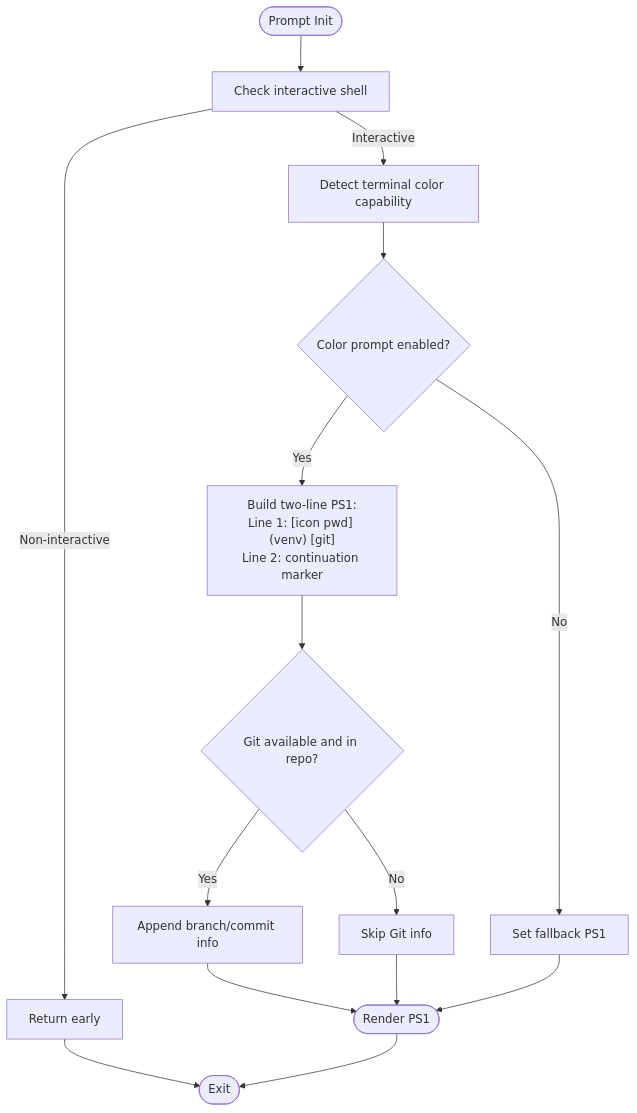
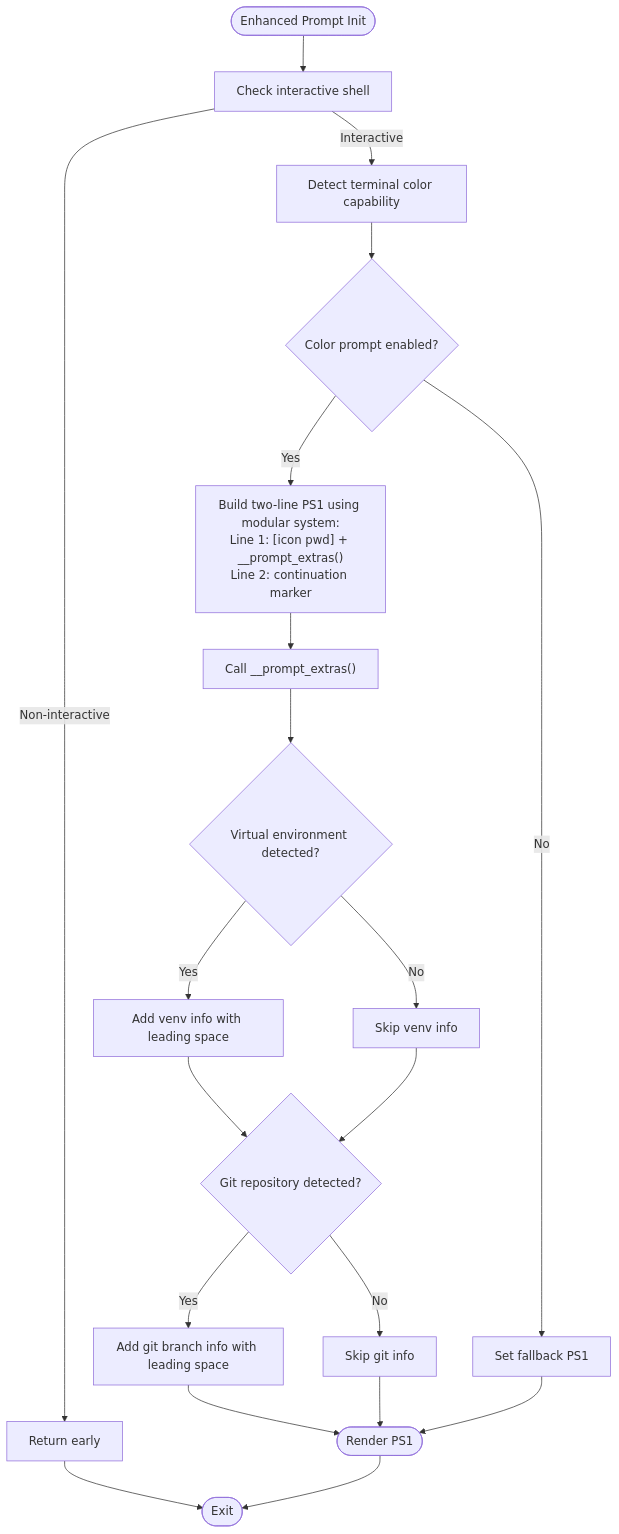
The third of 8 diagrams in .qoder/repowiki/en/content/Shell Configurations/Bash Configuration.md (cr8ivecodesmith/dotfiles), drawn with Mermaid before and after one commit. The commit also changed other lines of this file and 5 other files, not shown here.

````diff
--- a/.qoder/repowiki/en/content/Shell Configurations/Bash Configuration.md
+++ b/.qoder/repowiki/en/content/Shell Configurations/Bash Configuration.md
@@ -108,17 +126,22 @@
 ```mermaid
 flowchart TD
-Start(["Prompt Init"]) --> CheckInteractive["Check interactive shell"]
+Start(["Enhanced Prompt Init"]) --> CheckInteractive["Check interactive shell"]
 CheckInteractive --> |Non-interactive| ExitEarly["Return early"]
 CheckInteractive --> |Interactive| TermCap["Detect terminal color capability"]
 TermCap --> ColorPrompt{"Color prompt enabled?"}
-ColorPrompt --> |Yes| BuildPS1["Build two-line PS1:<br/>Line 1: [icon pwd] (venv) [git]<br/>Line 2: continuation marker"]
+ColorPrompt --> |Yes| BuildPS1["Build two-line PS1 using modular system:<br/>Line 1: [icon pwd] + __prompt_extras()<br/>Line 2: continuation marker"]
 ColorPrompt --> |No| FallbackPS1["Set fallback PS1"]
-BuildPS1 --> GitCheck{"Git available and in repo?"}
-GitCheck --> |Yes| AppendGit["Append branch/commit info"]
-GitCheck --> |No| SkipGit["Skip Git info"]
-AppendGit --> Done(["Render PS1"])
+BuildPS1 --> Extras["Call __prompt_extras()"]
+Extras --> VenvCheck{"Virtual environment detected?"}
+VenvCheck --> |Yes| AddVenv["Add venv info with leading space"]
+VenvCheck --> |No| SkipVenv["Skip venv info"]
+AddVenv --> GitCheck{"Git repository detected?"}
+SkipVenv --> GitCheck
+GitCheck --> |Yes| AddGit["Add git branch info with leading space"]
+GitCheck --> |No| SkipGit["Skip git info"]
+AddGit --> Done(["Render PS1"])
 SkipGit --> Done
 FallbackPS1 --> Done
 ExitEarly --> End(["Exit"])
 Done --> End
 ```
````
